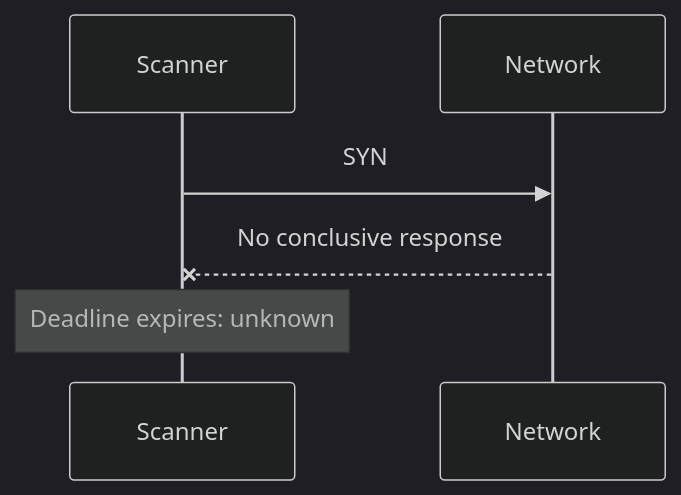
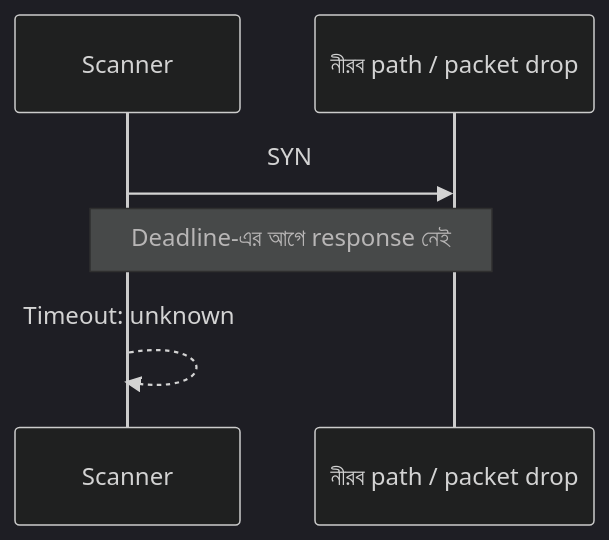
Before and after one commit to shomi-khan/red-blue-lab: the third of 5 diagrams in chapters/03-whos-listening/README.md, drawn with Mermaid (dark theme). The commit also changed other lines of this file, not shown here.

````diff
--- a/chapters/03-whos-listening/README.md
+++ b/chapters/03-whos-listening/README.md
@@ -75,8 +65,8 @@
 ```mermaid
 sequenceDiagram
-    participant Scanner
-    participant Network
-    Scanner->>Network: SYN
-    Network--xScanner: No conclusive response
-    Note over Scanner: Deadline expires: unknown
+    participant C as Scanner
+    participant F as নীরব path / packet drop
+    C->>F: SYN
+    Note over C,F: Deadline-এর আগে response নেই
+    C-->>C: Timeout: unknown
 ```
````
